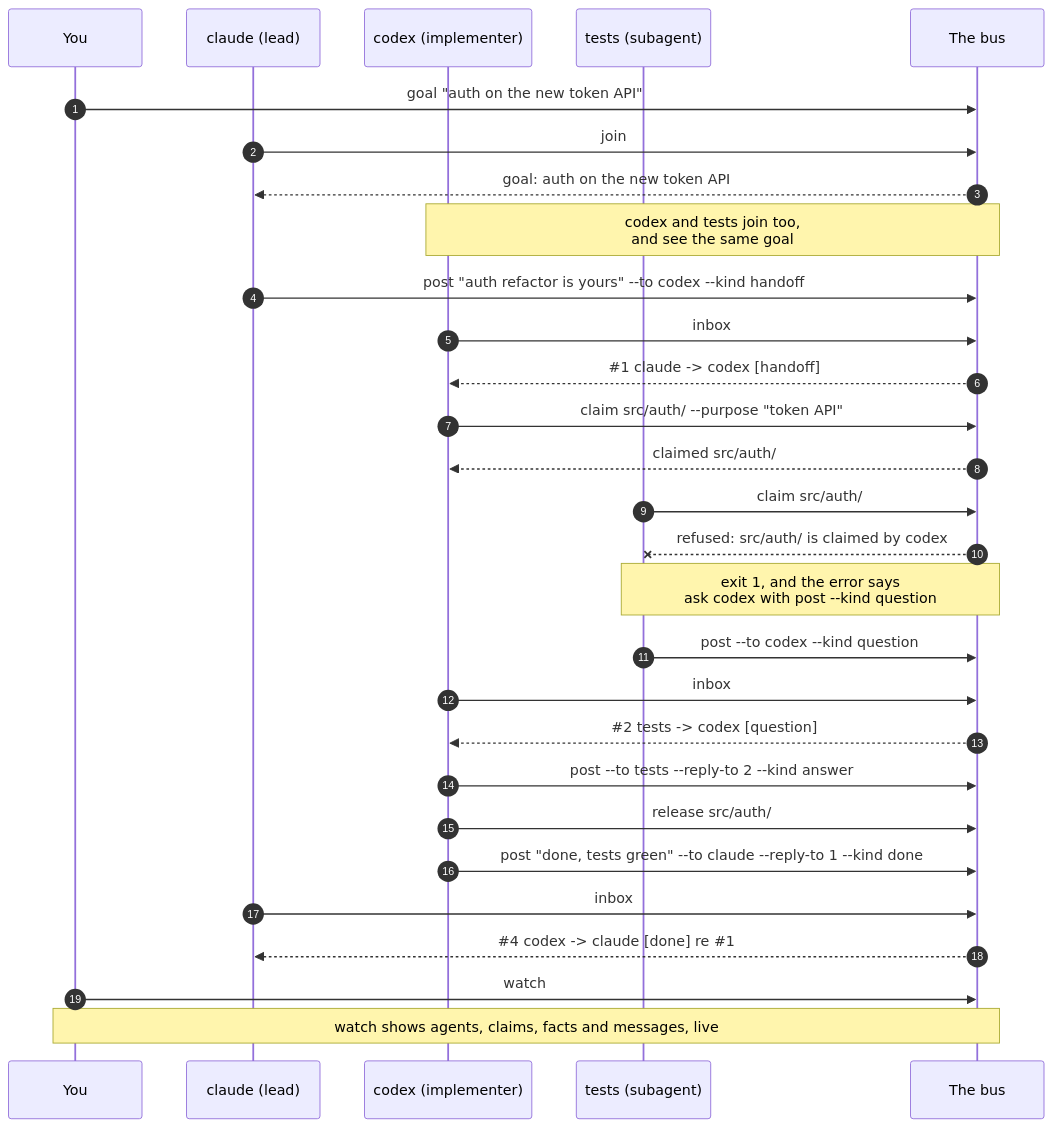
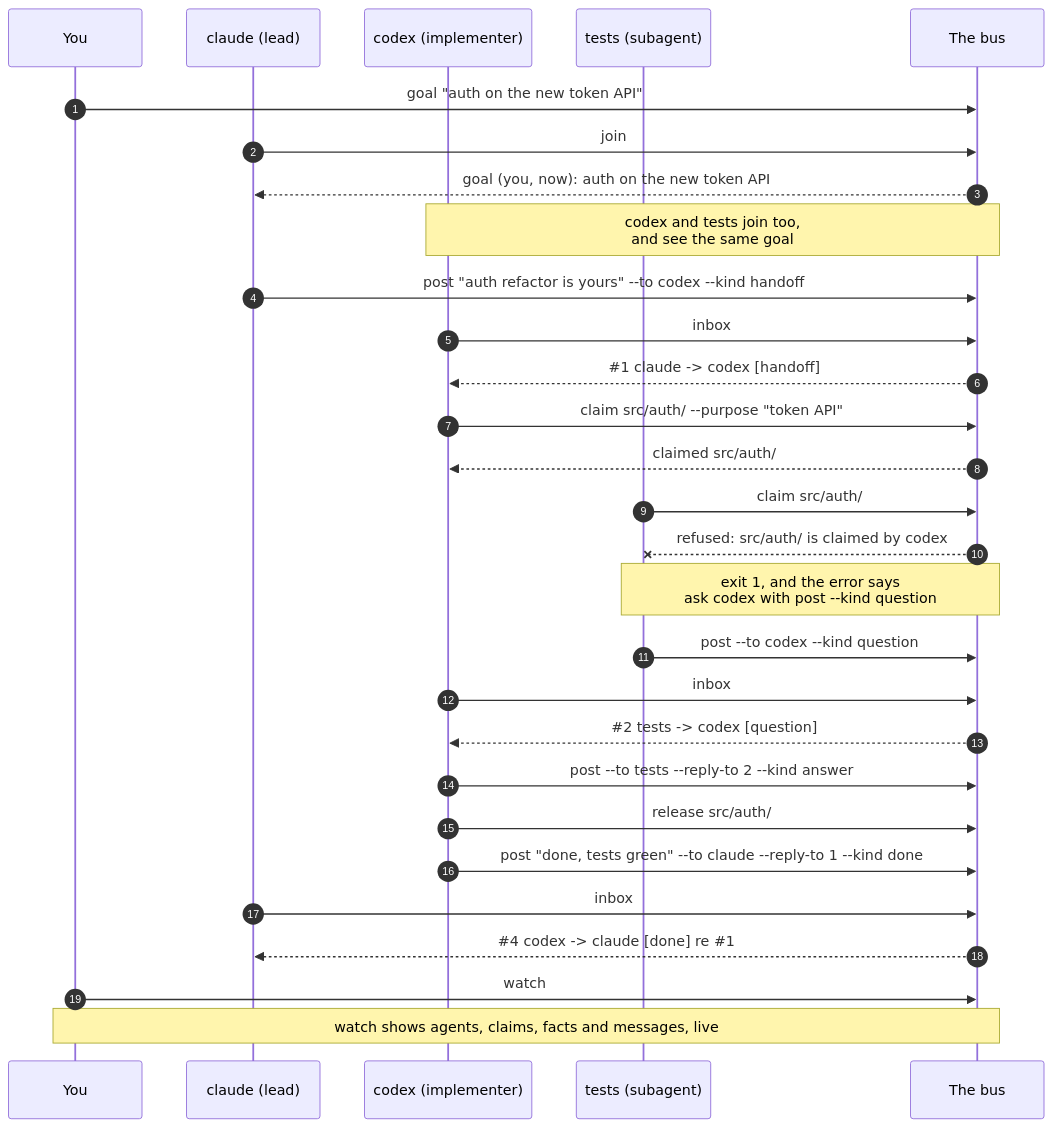
The first of 3 diagrams in docs/workflow.md (wickdninja/agentbus), drawn with Mermaid before and after one commit. The commit also changed 30 other files, not shown here.

````diff
--- a/docs/workflow.md
+++ b/docs/workflow.md
@@ -9,37 +9,37 @@
 ```mermaid
 sequenceDiagram
     autonumber
     participant you as You
     participant claude as claude (lead)
     participant codex as codex (implementer)
     participant tests as tests (subagent)
     participant bus as The bus
 
     you->>bus: goal "auth on the new token API"
     claude->>bus: join
-    bus-->>claude: goal: auth on the new token API
+    bus-->>claude: goal (you, now): auth on the new token API
     Note over codex,bus: codex and tests join too,<br/>and see the same goal
 
     claude->>bus: post "auth refactor is yours" --to codex --kind handoff
     codex->>bus: inbox
     bus-->>codex: #35;1 claude -> codex [handoff]
 
     codex->>bus: claim src/auth/ --purpose "token API"
     bus-->>codex: claimed src/auth/
     tests->>bus: claim src/auth/
     bus--xtests: refused: src/auth/ is claimed by codex
     Note over tests,bus: exit 1, and the error says<br/>ask codex with post --kind question
 
     tests->>bus: post --to codex --kind question
     codex->>bus: inbox
     bus-->>codex: #35;2 tests -> codex [question]
     codex->>bus: post --to tests --reply-to 2 --kind answer
 
     codex->>bus: release src/auth/
     codex->>bus: post "done, tests green" --to claude --reply-to 1 --kind done
     claude->>bus: inbox
     bus-->>claude: #35;4 codex -> claude [done] re #35;1
 
     you->>bus: watch
     Note over you,bus: watch shows agents, claims, facts and messages, live
 ```
````
